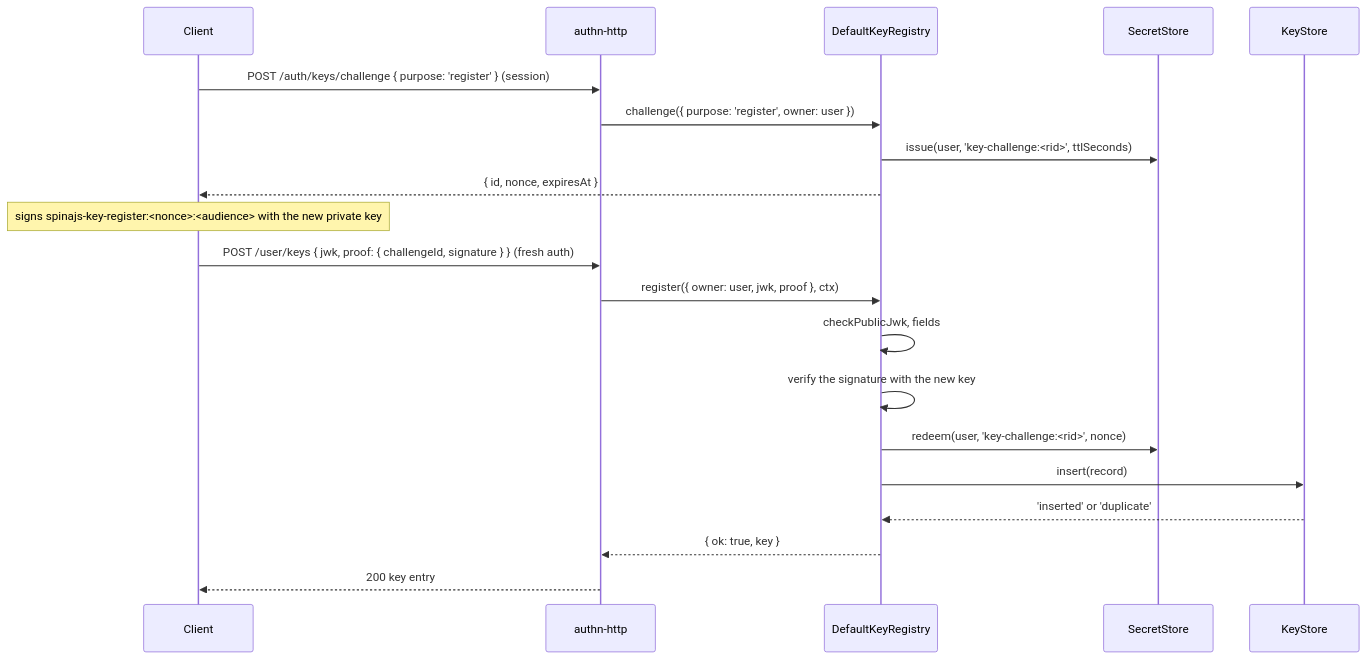
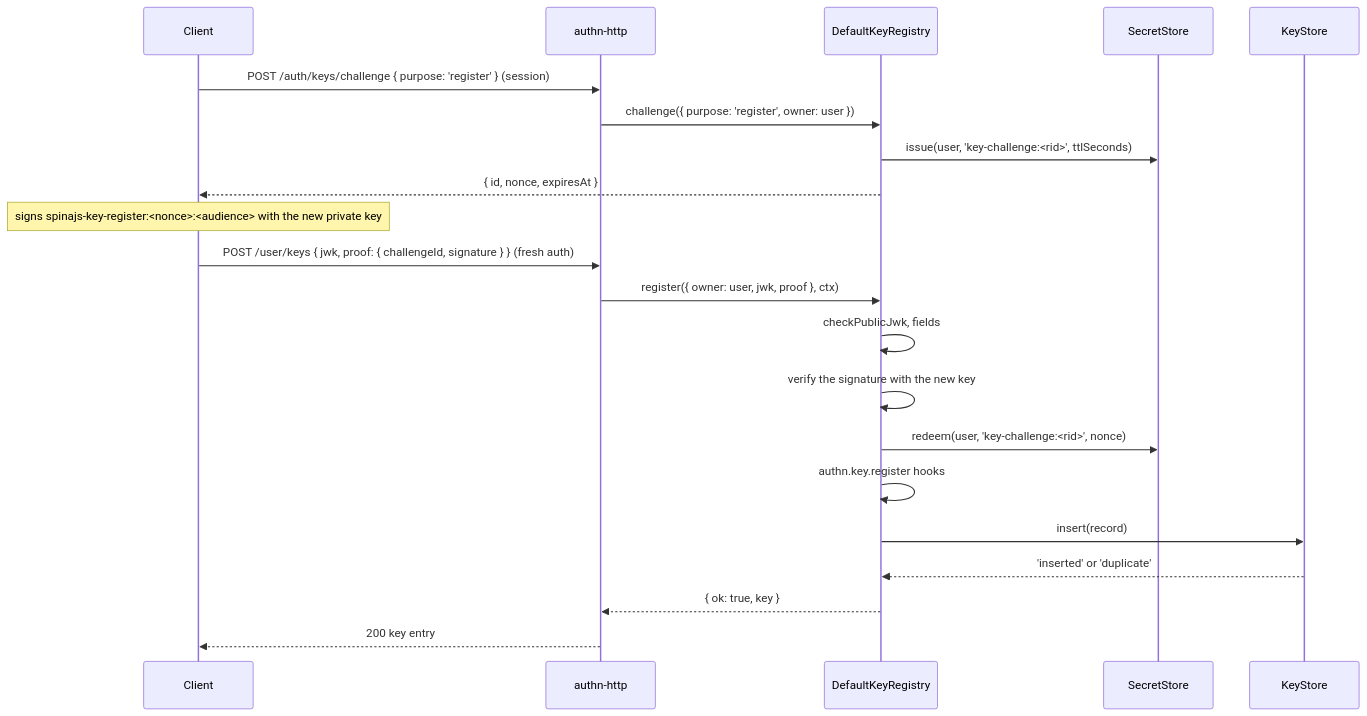
One commit to spinajs/main changed the diagram in docs/authn-keys/02-key-registry.md. Above: the diagram before and after it, drawn with Mermaid. The commit also changed other lines of this file and 50 other files, not shown here.

First line of the commit message:
docs: action hooks in the route, flow and package pages of HOOK-3 and HOOK-4

````diff
--- a/docs/authn-keys/02-key-registry.md
+++ b/docs/authn-keys/02-key-registry.md
@@ -25,22 +26,23 @@
 ```mermaid
 sequenceDiagram
   participant C as Client
   participant H as authn-http
   participant R as DefaultKeyRegistry
   participant S as SecretStore
   participant K as KeyStore
   C->>H: POST /auth/keys/challenge { purpose: 'register' } (session)
   H->>R: challenge({ purpose: 'register', owner: user })
   R->>S: issue(user, 'key-challenge:<rid>', ttlSeconds)
   R-->>C: { id, nonce, expiresAt }
   Note over C: signs spinajs-key-register:<nonce>:<audience> with the new private key
   C->>H: POST /user/keys { jwk, proof: { challengeId, signature } } (fresh auth)
   H->>R: register({ owner: user, jwk, proof }, ctx)
   R->>R: checkPublicJwk, fields
   R->>R: verify the signature with the new key
   R->>S: redeem(user, 'key-challenge:<rid>', nonce)
+  R->>R: authn.key.register hooks
   R->>K: insert(record)
   K-->>R: 'inserted' or 'duplicate'
   R-->>H: { ok: true, key }
   H-->>C: 200 key entry
 ```
````
